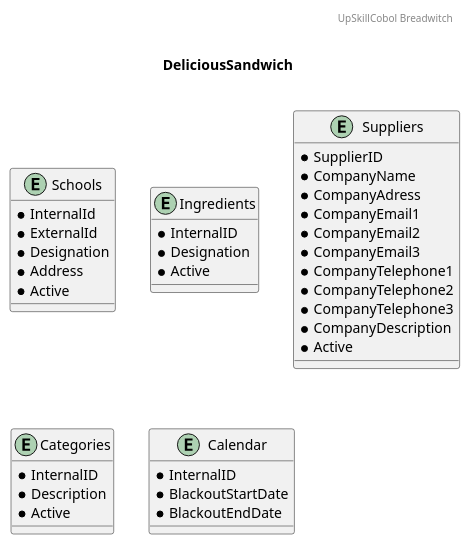
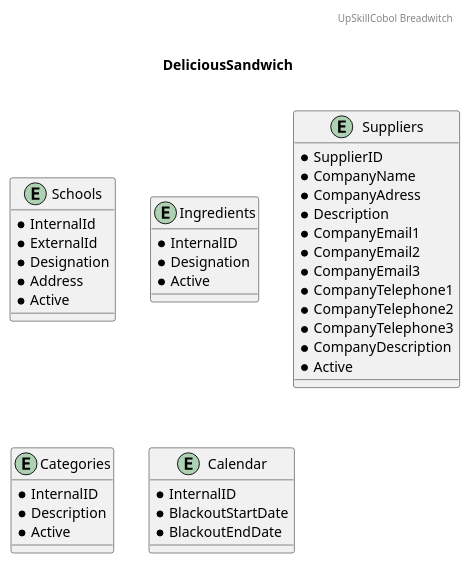
The diagram in Part2/documentation/ER_DeliciousSandwich.puml (UpSkillCobol/lab2), drawn with PlantUML before and after one commit.

Commit message:
Update ER_DeliciousSandwich.puml
Added the Description on the Suppliers ER

```diff
--- a/Part2/documentation/ER_DeliciousSandwich.puml
+++ b/Part2/documentation/ER_DeliciousSandwich.puml
@@ -1,49 +1,50 @@
 @startuml
 header
 UpSkillCobol Breadwitch
 endheader
 
 title \nDeliciousSandwich\n
 /' This is a Logical data model - see the level of details '/
 
 entity Schools {
   * InternalId
   * ExternalId
   * Designation
   * Address
   * Active
 }
 
 entity Ingredients {
   * InternalID
   * Designation
   * Active
 }
 
 entity Suppliers {
   * SupplierID
   * CompanyName
   * CompanyAdress
+  * Description
   * CompanyEmail1
   * CompanyEmail2
   * CompanyEmail3
   * CompanyTelephone1
   * CompanyTelephone2
   * CompanyTelephone3
   * CompanyDescription
   * Active
 }
 
 entity Categories {
   * InternalID
   * Description
   * Active
 }
 
 entity Calendar {
   * InternalID
   * BlackoutStartDate
   * BlackoutEndDate
 }
 
 @enduml
```
